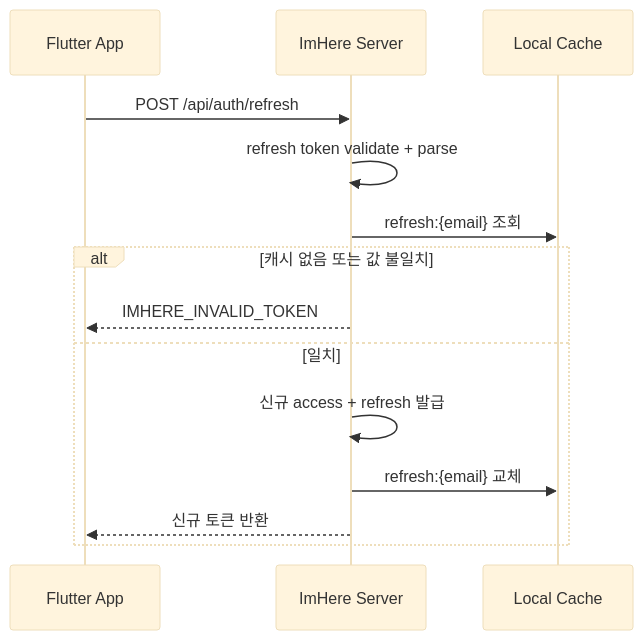
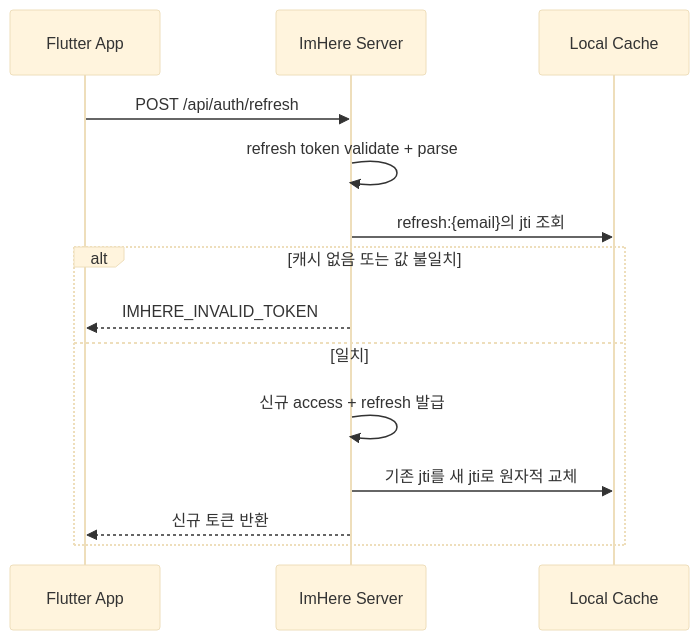
One commit to ImHereOfRati/server changed the first of 2 diagrams in docs/flows/token-refresh.md. Above: the diagram before and after it, drawn with Mermaid (base theme). The commit also changed other lines of this file and 97 other files, not shown here.

````diff
--- a/docs/flows/token-refresh.md
+++ b/docs/flows/token-refresh.md
@@ -19,17 +19,17 @@
 ```mermaid
 sequenceDiagram
     participant App as Flutter App
     participant Server as ImHere Server
     participant Cache as Local Cache
 
     App->>Server: POST /api/auth/refresh
     Server->>Server: refresh token validate + parse
-    Server->>Cache: refresh:{email} 조회
+        Server->>Cache: refresh:{email}의 jti 조회
     alt 캐시 없음 또는 값 불일치
         Server-->>App: IMHERE_INVALID_TOKEN
     else 일치
         Server->>Server: 신규 access + refresh 발급
-        Server->>Cache: refresh:{email} 교체
+        Server->>Cache: 기존 jti를 새 jti로 원자적 교체
         Server-->>App: 신규 토큰 반환
     end
 ```
````
